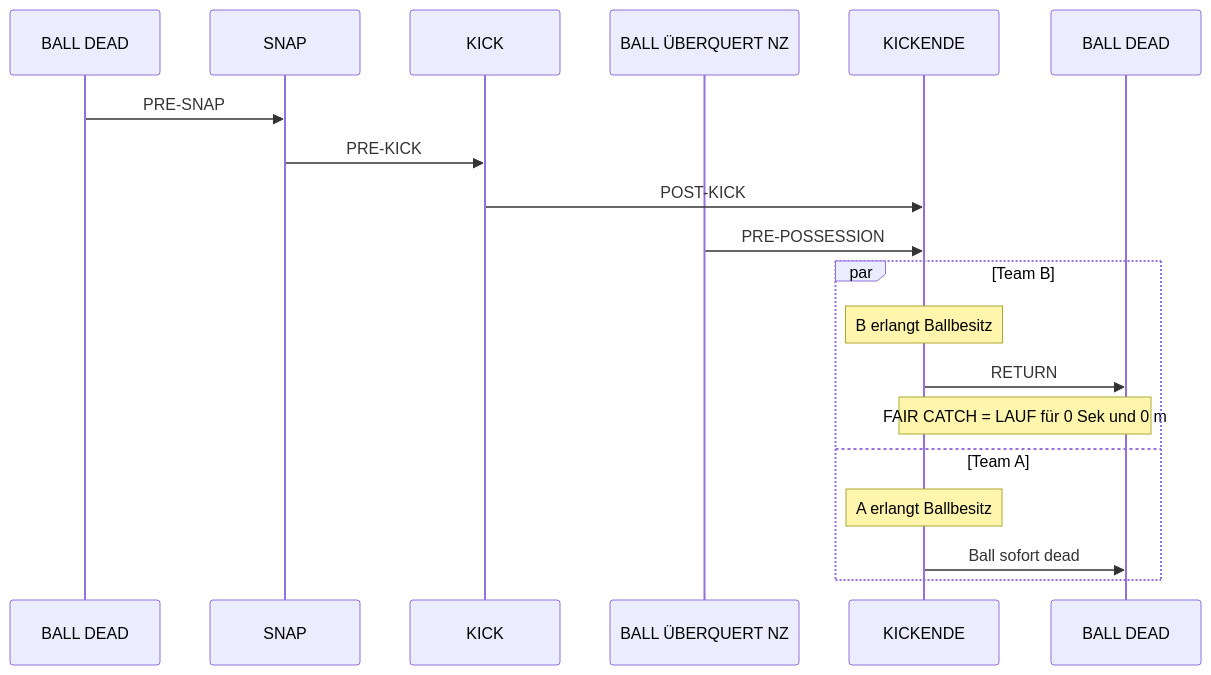
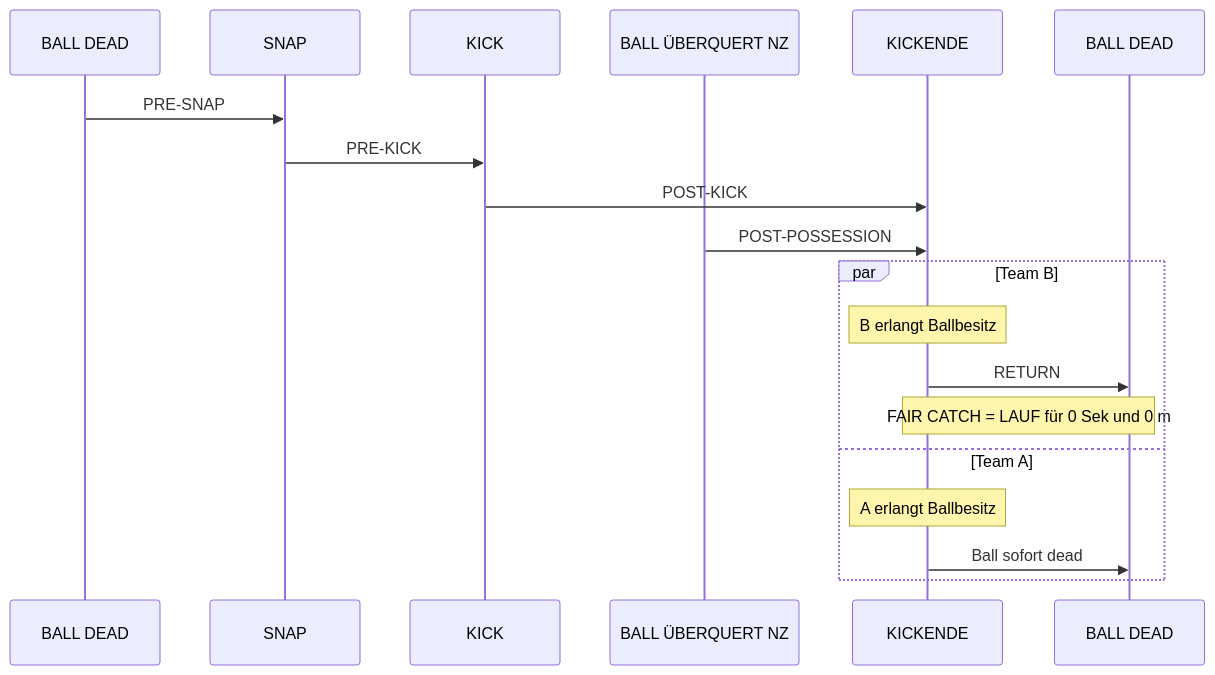
The first of 3 diagrams in docs/scrimmage_kicks.md (mschwieger/alizenz), drawn with Mermaid before and after one commit.

````diff
--- a/docs/scrimmage_kicks.md
+++ b/docs/scrimmage_kicks.md
@@ -7,21 +7,21 @@
 ```mermaid
 sequenceDiagram
     participant PREDEAD as BALL DEAD
     participant SNAP
     participant KICK
     participant NZ as BALL ÜBERQUERT NZ
     participant KICKENDE
     participant BALL DEAD
     PREDEAD->>SNAP: PRE-SNAP
     SNAP->>KICK: PRE-KICK
     KICK->>KICKENDE: POST-KICK
-    NZ->>KICKENDE: PRE-POSSESSION
+    NZ->>KICKENDE: POST-POSSESSION
     par Team B
     note over KICKENDE: B erlangt Ballbesitz
     KICKENDE->>BALL DEAD: RETURN
     note over KICKENDE,BALL DEAD: FAIR CATCH = LAUF für 0 Sek und 0 m
     and Team A
     note over KICKENDE: A erlangt Ballbesitz 
     KICKENDE->>BALL DEAD: Ball sofort dead   
     end
 ```
````
